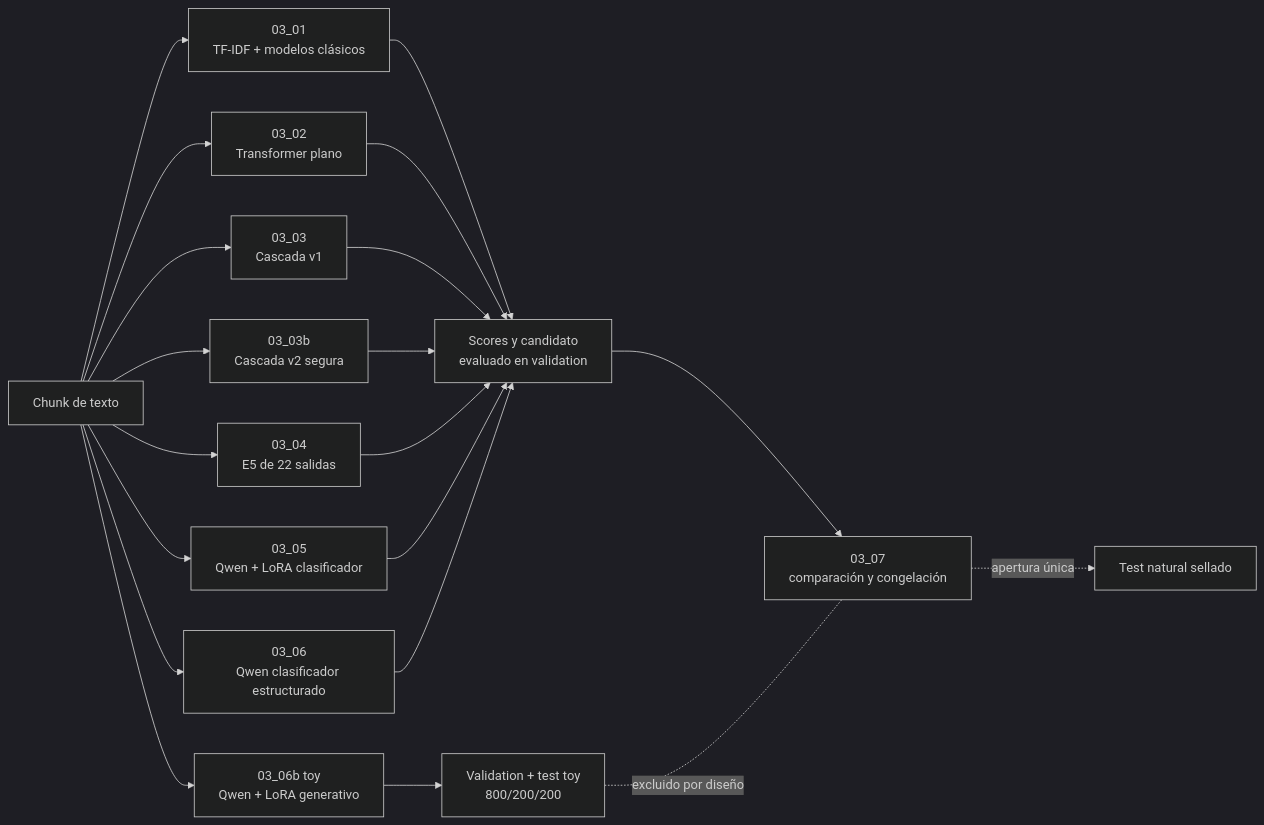
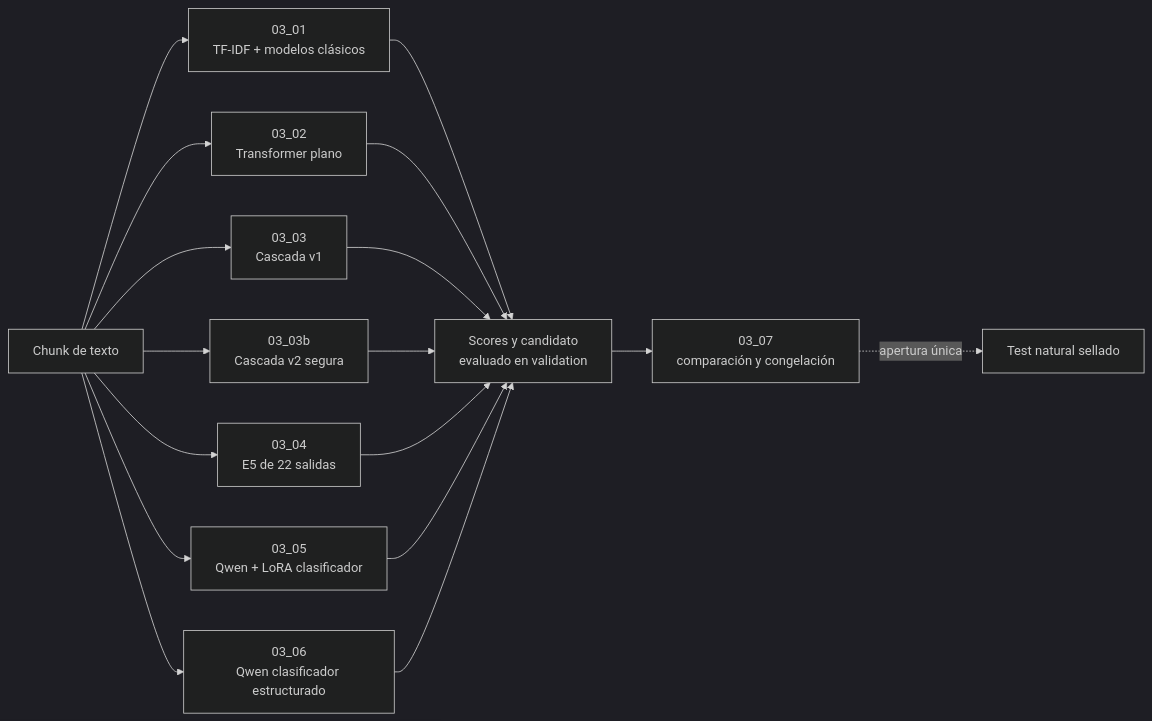
Before and after one commit to lkoc/Trabajo_PLN-MIA-Grupo4: the first of 5 diagrams in docs/ARQUITECTURAS_MODELOS_03.md, drawn with Mermaid (dark theme). The commit also changed other lines of this file and 107 other files, not shown here.

````diff
--- a/docs/ARQUITECTURAS_MODELOS_03.md
+++ b/docs/ARQUITECTURAS_MODELOS_03.md
@@ -15,23 +15,20 @@
 ```mermaid
 flowchart LR
     X[Chunk de texto] --> C[03_01<br/>TF-IDF + modelos clásicos]
     X --> F[03_02<br/>Transformer plano]
     X --> K1[03_03<br/>Cascada v1]
     X --> K2[03_03b<br/>Cascada v2 segura]
     X --> M[03_04<br/>E5 de 22 salidas]
     X --> QL[03_05<br/>Qwen + LoRA clasificador]
     X --> QS[03_06<br/>Qwen clasificador estructurado]
-    X --> QG[03_06b toy<br/>Qwen + LoRA generativo]
 
     C --> V[Scores y candidato<br/>evaluado en validation]
     F --> V
     K1 --> V
     K2 --> V
     M --> V
     QL --> V
     QS --> V
-    QG --> TV[Validation + test toy<br/>800/200/200]
     V --> Z[03_07<br/>comparación y congelación]
-    TV -. excluido por diseño .- Z
     Z -. apertura única .-> T[Test natural sellado]
 ```
````
